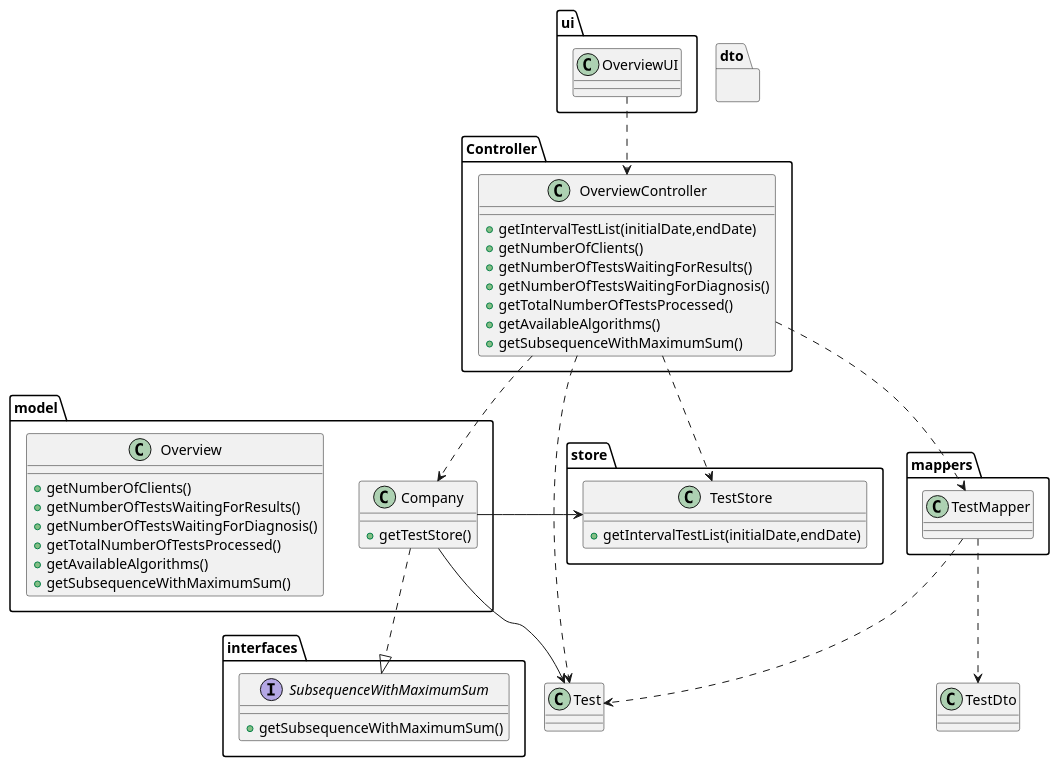
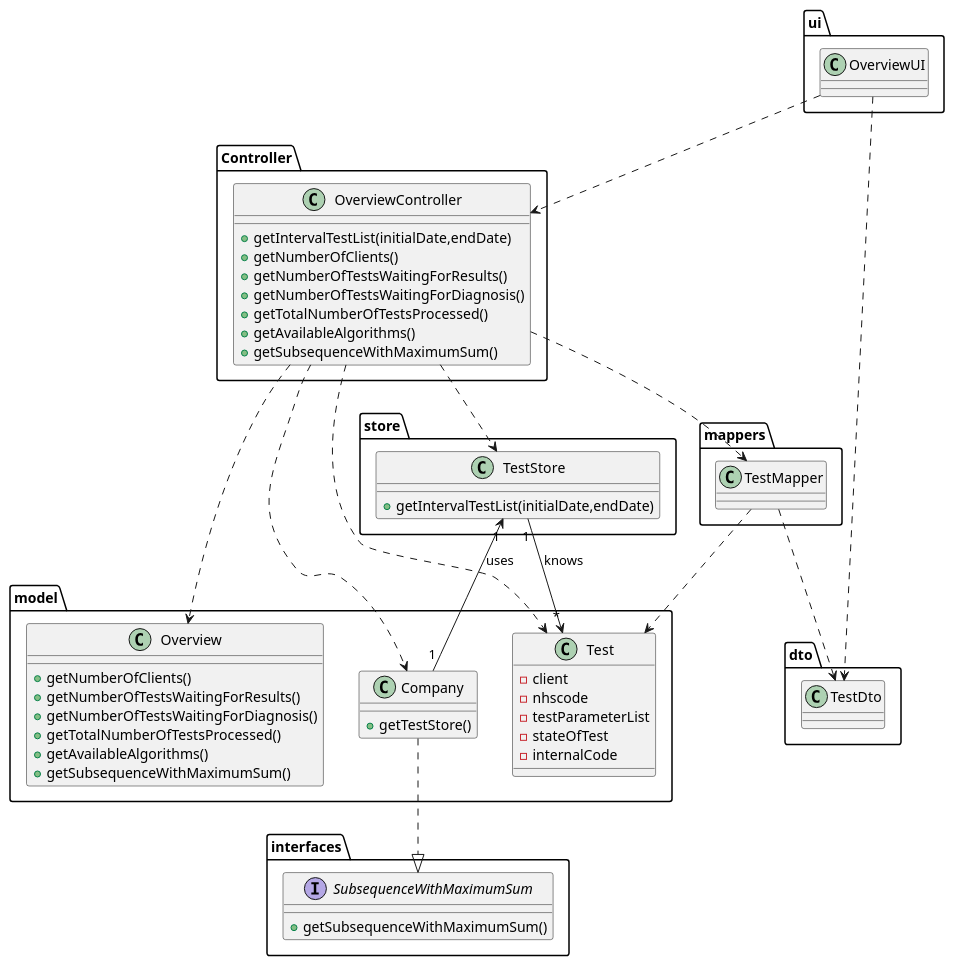
One commit to manu-07-ela/LAPR2_ISEP changed the diagram in docs/SprintD/US16/US16_CD.puml. Above: the diagram before and after it, drawn with PlantUML. The commit also changed 11 other files, not shown here.

```diff
--- a/docs/SprintD/US16/US16_CD.puml
+++ b/docs/SprintD/US16/US16_CD.puml
@@ -1,75 +1,85 @@
 @startuml
 
 
 package ui {
 class OverviewUI{}
 }
 
 package Controller{
 class OverviewController{
 +getIntervalTestList(initialDate,endDate)
 +getNumberOfClients()
 +getNumberOfTestsWaitingForResults()
 +getNumberOfTestsWaitingForDiagnosis()
 +getTotalNumberOfTestsProcessed()
 +getAvailableAlgorithms()
 +getSubsequenceWithMaximumSum()
 }
 }
 
 package model{
 class Company{
 +getTestStore()
+}
+class Test{
+-client
+-nhscode
+-testParameterList
+-stateOfTest
+-internalCode
 }
 class Overview{
 +getNumberOfClients()
 +getNumberOfTestsWaitingForResults()
 +getNumberOfTestsWaitingForDiagnosis()
 +getTotalNumberOfTestsProcessed()
 +getAvailableAlgorithms()
 +getSubsequenceWithMaximumSum()
 }
 }
 
 
 
 package store{
 class TestStore{
 +getIntervalTestList(initialDate,endDate)
 }
 }
 
 package mappers{
 class TestMapper{
 }
 }
 
 
 package dto{
+class TestDto
 }
 
 package interfaces{
 interface SubsequenceWithMaximumSum{
 +getSubsequenceWithMaximumSum()
 }
 }
 
 
 OverviewUI ..> OverviewController
+OverviewUI ..> TestDto
 
 OverviewController ..> TestMapper
 OverviewController ..> TestStore
 OverviewController ..> Company
 OverviewController ..> Test
+OverviewController ..> Overview
 
-Company -> Test
-Company -> TestStore
+Company "1" --> "1" TestStore : uses
+TestStore "1" --> "*" Test : knows
 Company..|>SubsequenceWithMaximumSum
 
 TestMapper ..> TestDto
 TestMapper ..> Test
 
 
 
 
 @enduml
```
